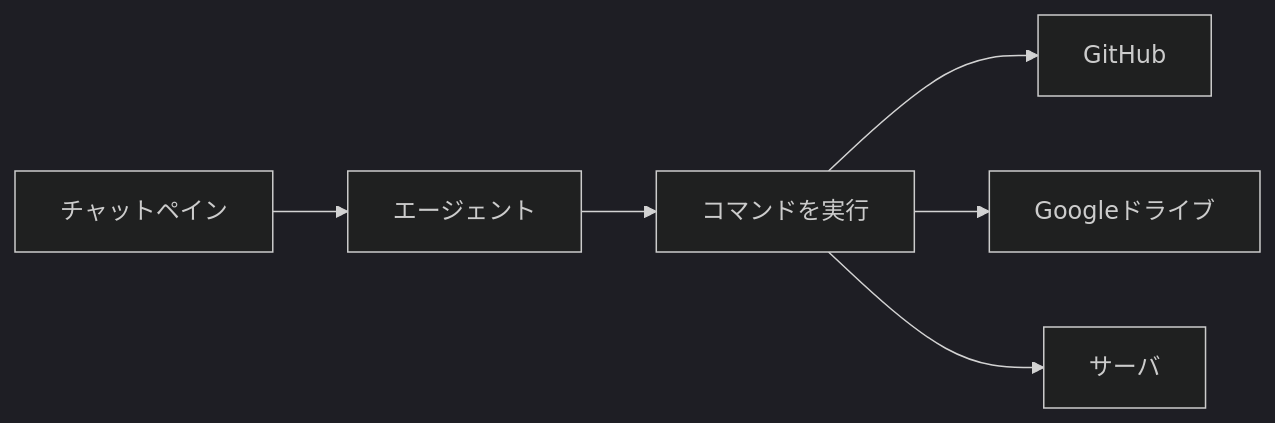
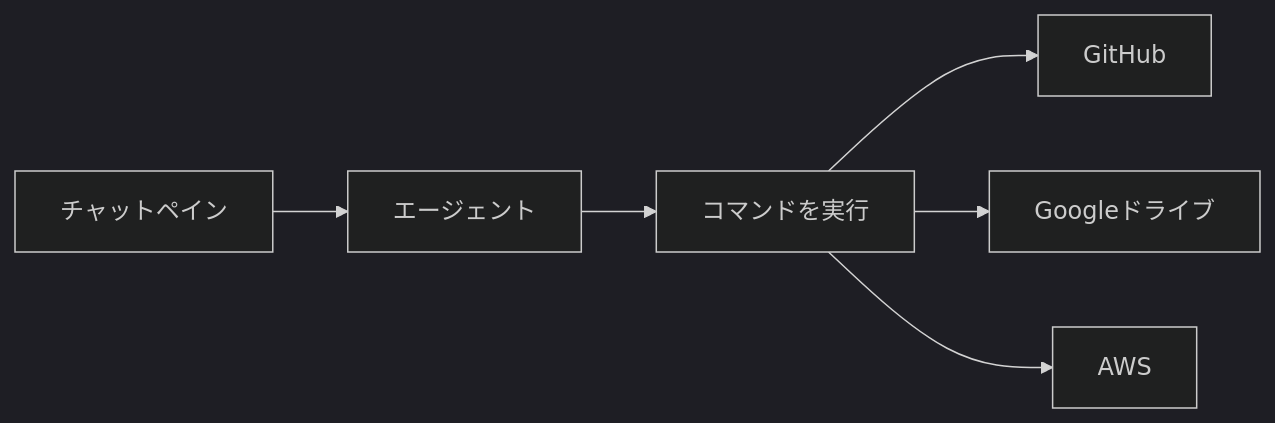
Before and after one commit to mitsuya3471/thesis: the fourth of 6 diagrams in courses/AIを活用した開発.md, drawn with Mermaid (dark theme). The commit also changed other lines of this file and 3 other files, not shown here.

````diff
--- a/courses/AIを活用した開発.md
+++ b/courses/AIを活用した開発.md
@@ -174,8 +174,8 @@
 ```mermaid
 flowchart LR
     C["チャットペイン"] --> A["エージェント"]
     A --> T["コマンドを実行"]
     T --> G["GitHub"]
     T --> D["Googleドライブ"]
-    T --> S["サーバ"]
+    T --> S["AWS"]
 ```
````
